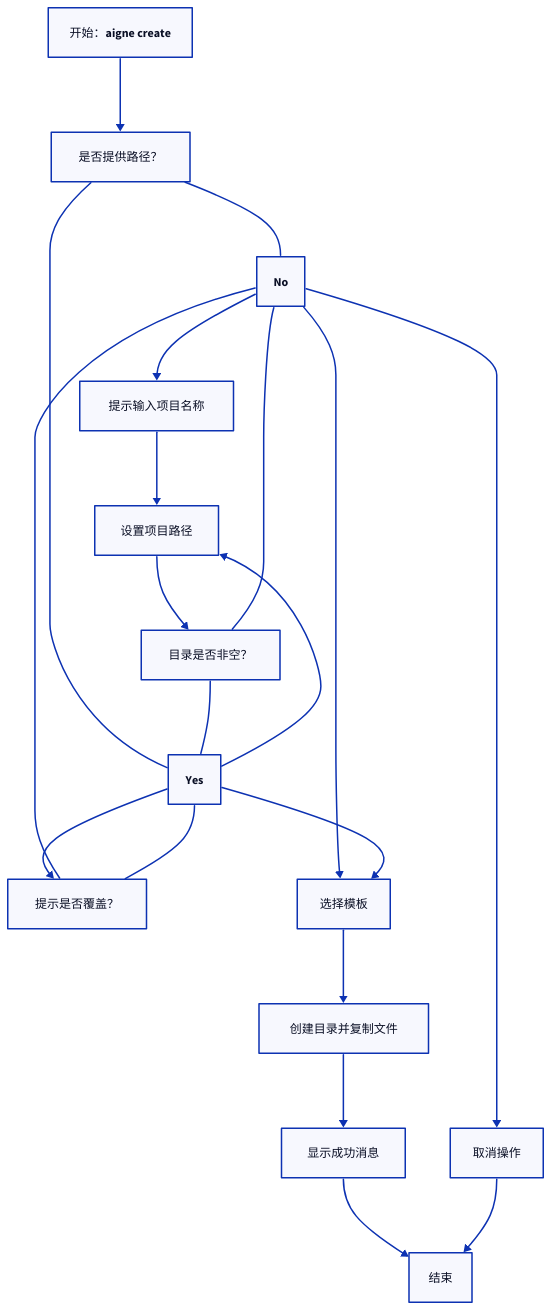
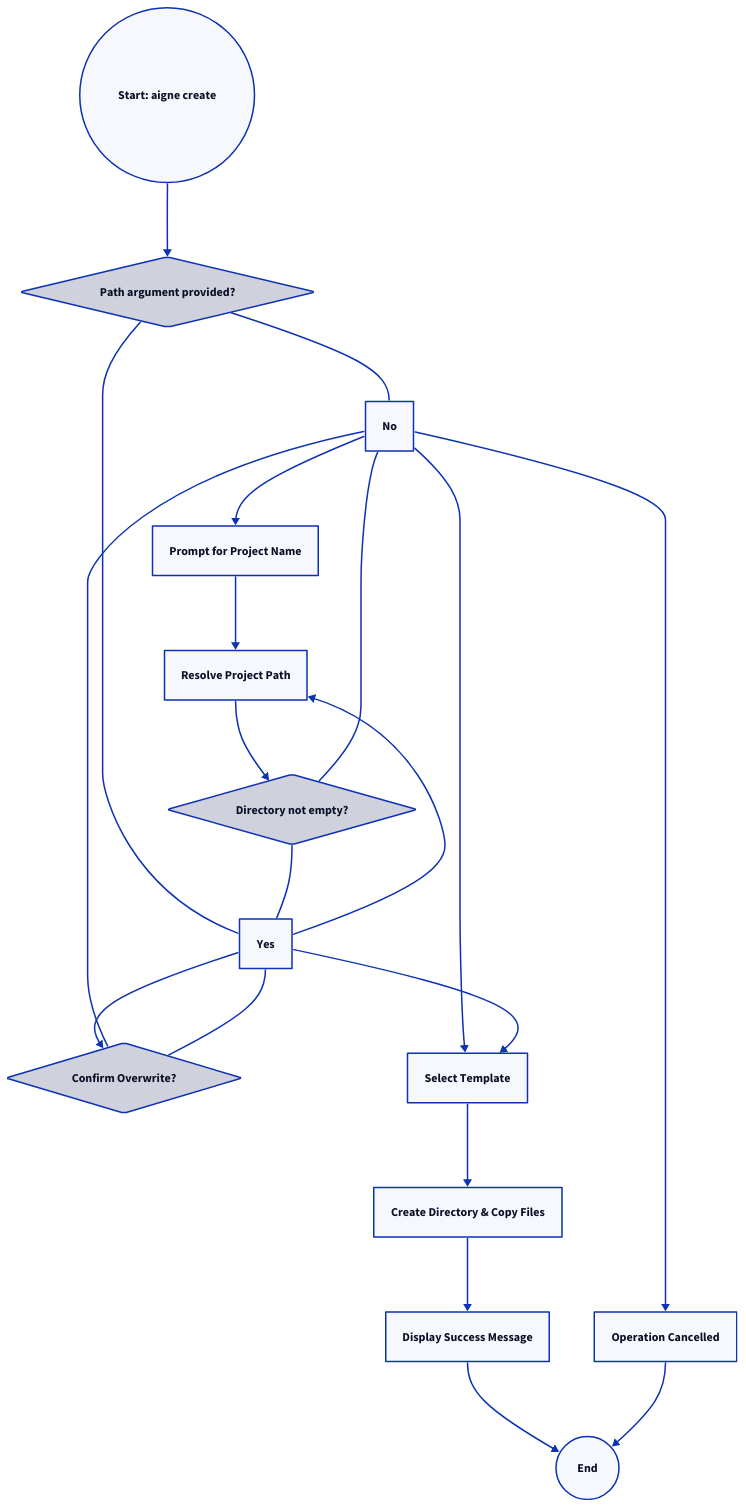
One commit to AIGNE-io/aigne-framework changed the diagram in packages/cli/docs/command-reference-create.zh.md. Above: the diagram before and after it, drawn with D2. The commit also changed other lines of this file and 38 other files, not shown here.

````diff
--- a/packages/cli/docs/command-reference-create.zh.md
+++ b/packages/cli/docs/command-reference-create.zh.md
@@ -56,34 +56,77 @@
 ```d2
 direction: down
 
-"start": "开始：aigne create"
-"path_provided": "是否提供路径？"
-"prompt_name": "提示输入项目名称"
-"set_path": "设置项目路径"
-"check_empty": "目录是否非空？"
-"prompt_overwrite": "提示是否覆盖？"
-"cancel": "取消操作"
-"select_template": "选择模板"
-"create_files": "创建目录并复制文件"
-"success_msg": "显示成功消息"
-"end": "结束"
+start: {
+  label: "Start: aigne create"
+  shape: circle
+}
 
-start -> path_provided
+check_path: {
+  label: "Path argument provided?"
+  shape: diamond
+}
 
-path_provided -- "No" --> prompt_name
-prompt_name -> set_path
-path_provided -- "Yes" --> set_path
+prompt_name: {
+  label: "Prompt for Project Name"
+  shape: rectangle
+}
 
-set_path -> check_empty
+resolve_path: {
+  label: "Resolve Project Path"
+  shape: rectangle
+}
+
+check_empty: {
+  label: "Directory not empty?"
+  shape: diamond
+}
+
+prompt_overwrite: {
+  label: "Confirm Overwrite?"
+  shape: diamond
+}
+
+cancel: {
+  label: "Operation Cancelled"
+  shape: rectangle
+}
+
+select_template: {
+  label: "Select Template"
+  shape: rectangle
+}
+
+create_files: {
+  label: "Create Directory & Copy Files"
+  shape: rectangle
+}
+
+success_msg: {
+  label: "Display Success Message"
+  shape: rectangle
+}
+
+end: {
+  label: "End"
+  shape: circle
+}
+
+start -> check_path
+
+check_path -- "No" --> prompt_name
+prompt_name -> resolve_path
+check_path -- "Yes" --> resolve_path
+
+resolve_path -> check_empty
 check_empty -- "Yes" --> prompt_overwrite
 check_empty -- "No" --> select_template
 
 prompt_overwrite -- "No" --> cancel
 prompt_overwrite -- "Yes" --> select_template
 
 select_template -> create_files
 create_files -> success_msg
 
 success_msg -> end
 cancel -> end
 ```
````
